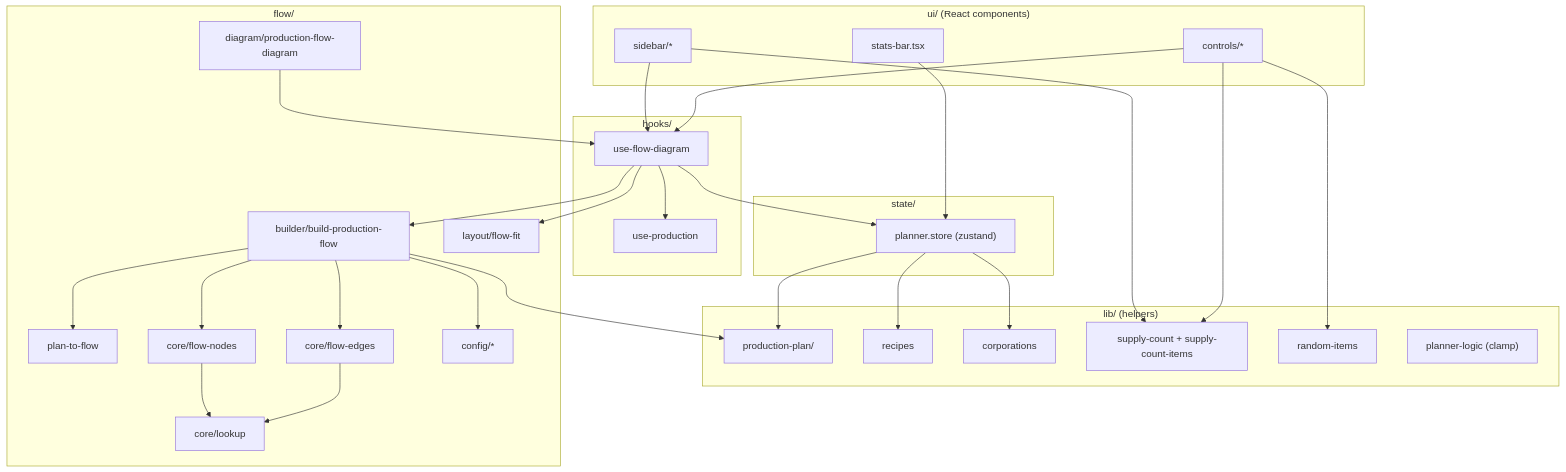
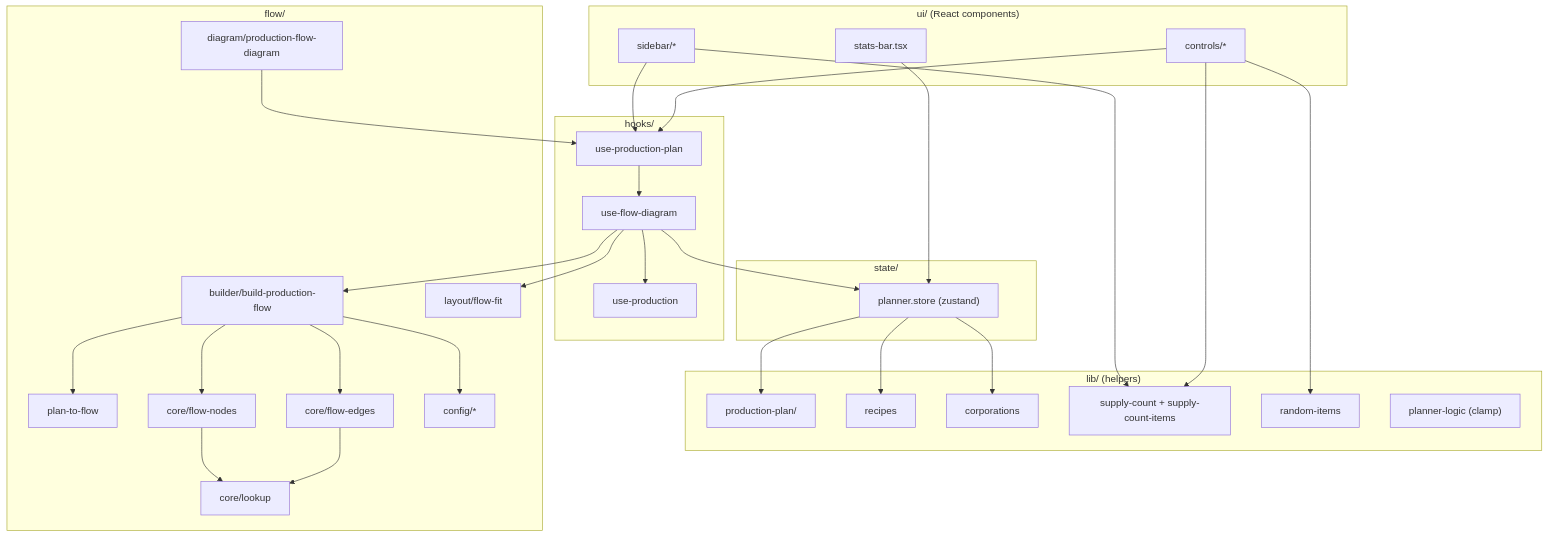
The first of 2 diagrams in src/features/planner/README.md (javiluli/starrupture-planner), drawn with Mermaid before and after one commit. The commit also changed other lines of this file and 40 other files, not shown here.

Commit message:
Planner diagrams, treelist refactor, and stats flow

````diff
--- a/src/features/planner/README.md
+++ b/src/features/planner/README.md
@@ -33,68 +71,69 @@
 ```mermaid
 flowchart TD
   %% ===== UI =====
   subgraph UI["ui/ (React components)"]
     UIControls["controls/*"]
     UISidebar["sidebar/*"]
     UIStats["stats-bar.tsx"]
   end
 
   %% ===== Hooks =====
   subgraph Hooks["hooks/"]
     UseFlow["use-flow-diagram"]
+    UsePlan["use-production-plan"]
     UseProd["use-production"]
   end
 
   %% ===== State =====
   subgraph State["state/"]
     PlannerStore["planner.store (zustand)"]
   end
 
   %% ===== Lib =====
   subgraph Lib["lib/ (helpers)"]
     Plan["production-plan/"]
     Recipes["recipes"]
     Corps["corporations"]
     SupplyLib["supply-count + supply-count-items"]
     Random["random-items"]
     Logic["planner-logic (clamp)"]
   end
 
   %% ===== Flow =====
   subgraph Flow["flow/"]
     Builder["builder/build-production-flow"]
     PlanToFlow["plan-to-flow"]
     CoreEdges["core/flow-edges"]
     CoreNodes["core/flow-nodes"]
     CoreLookup["core/lookup"]
     Layout["layout/flow-fit"]
     Diagram["diagram/production-flow-diagram"]
     Config["config/*"]
   end
 
-  UIControls --> UseFlow
-  UISidebar --> UseFlow
+  UIControls --> UsePlan
+  UISidebar --> UsePlan
   UIStats --> PlannerStore
-  Diagram --> UseFlow
+  Diagram --> UsePlan
+  UsePlan --> UseFlow
   UseFlow --> UseProd
   UseFlow --> PlannerStore
   UseFlow --> Builder
   UseFlow --> Layout
 
   PlannerStore --> Plan
   PlannerStore --> Recipes
   PlannerStore --> Corps
 
-  Builder --> Plan
   Builder --> PlanToFlow
   Builder --> CoreEdges
   Builder --> CoreNodes
   Builder --> Config
 
   CoreEdges --> CoreLookup
   CoreNodes --> CoreLookup
 
   UIControls --> SupplyLib
   UISidebar --> SupplyLib
   UIControls --> Random
 ```
````
